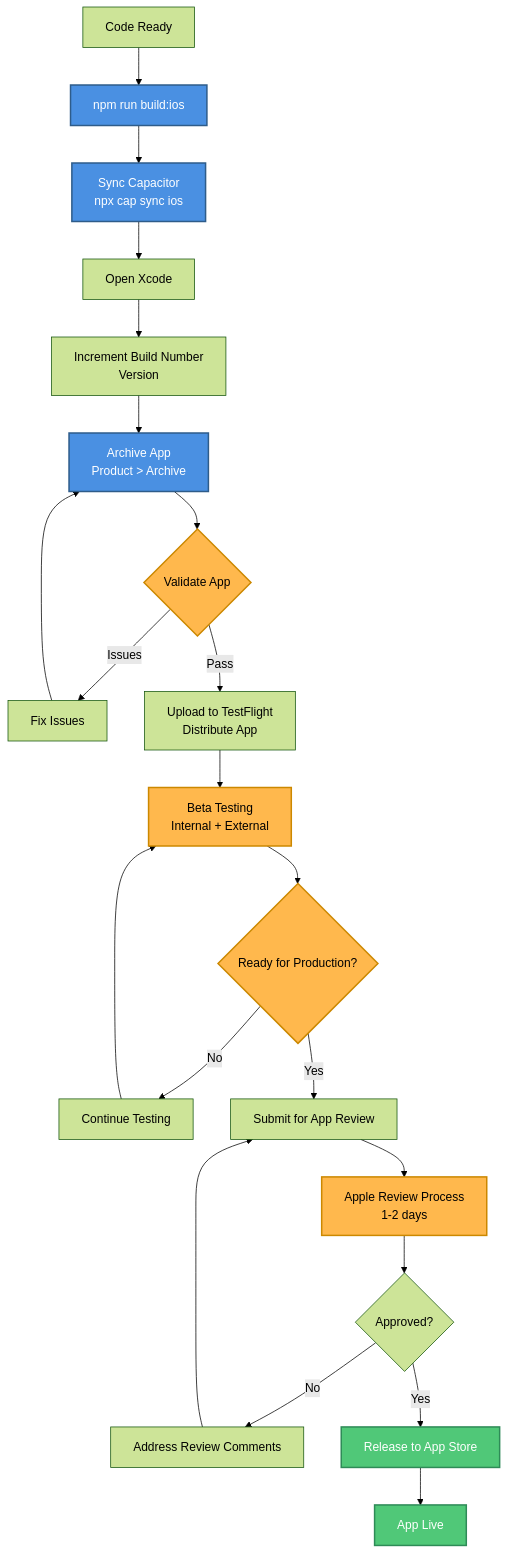
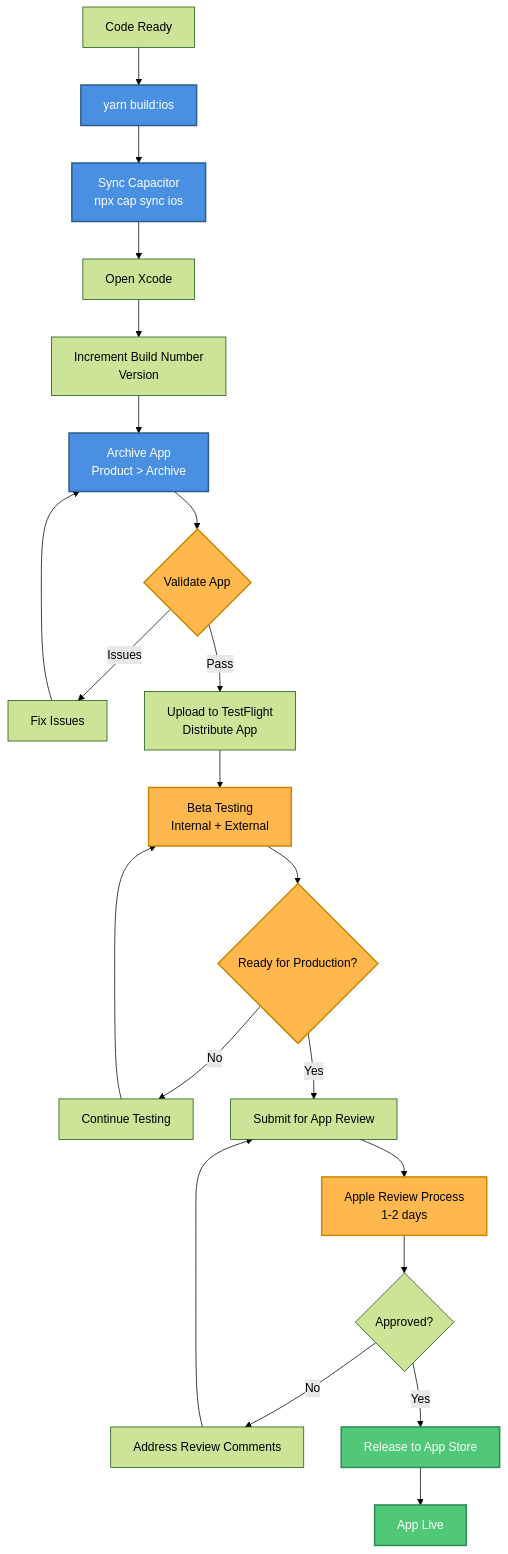
The fourth of 7 diagrams in docs/diagrams/deployment.md (SteveChandler/quiver), drawn with Mermaid (forest theme) before and after one commit. The commit also changed other lines of this file and 55 other files, not shown here.

````diff
--- a/docs/diagrams/deployment.md
+++ b/docs/diagrams/deployment.md
@@ -322,38 +322,38 @@
 ```mermaid
 graph TD
-    Start[Code Ready] --> CapSync[npm run build:ios]
+    Start[Code Ready] --> CapSync[yarn build:ios]
     CapSync --> UpdateCap[Sync Capacitor<br/>npx cap sync ios]
     UpdateCap --> Xcode[Open Xcode]
 
     Xcode --> UpdateVer[Increment Build Number<br/>Version]
     UpdateVer --> BuildApp[Archive App<br/>Product > Archive]
 
     BuildApp --> ValidateApp{Validate App}
     ValidateApp -->|Issues| FixIssues[Fix Issues]
     FixIssues --> BuildApp
 
     ValidateApp -->|Pass| UploadTF[Upload to TestFlight<br/>Distribute App]
     UploadTF --> BetaTest[Beta Testing<br/>Internal + External]
 
     BetaTest --> Review{Ready for Production?}
     Review -->|No| MoreTesting[Continue Testing]
     MoreTesting --> BetaTest
 
     Review -->|Yes| SubmitReview[Submit for App Review]
     SubmitReview --> AppleReview[Apple Review Process<br/>1-2 days]
 
     AppleReview --> Approved{Approved?}
     Approved -->|No| FixReview[Address Review Comments]
     FixReview --> SubmitReview
 
     Approved -->|Yes| Release[Release to App Store]
     Release --> End[App Live]
 
     classDef buildClass fill:#4A90E2,stroke:#2E5C8A,stroke-width:2px,color:#fff
     classDef testClass fill:#FFB84D,stroke:#CC8800,stroke-width:2px
     classDef prodClass fill:#50C878,stroke:#2E8B57,stroke-width:2px,color:#fff
 
     class CapSync,UpdateCap,BuildApp buildClass
     class ValidateApp,BetaTest,Review,AppleReview testClass
     class Release,End prodClass
 ```
````
